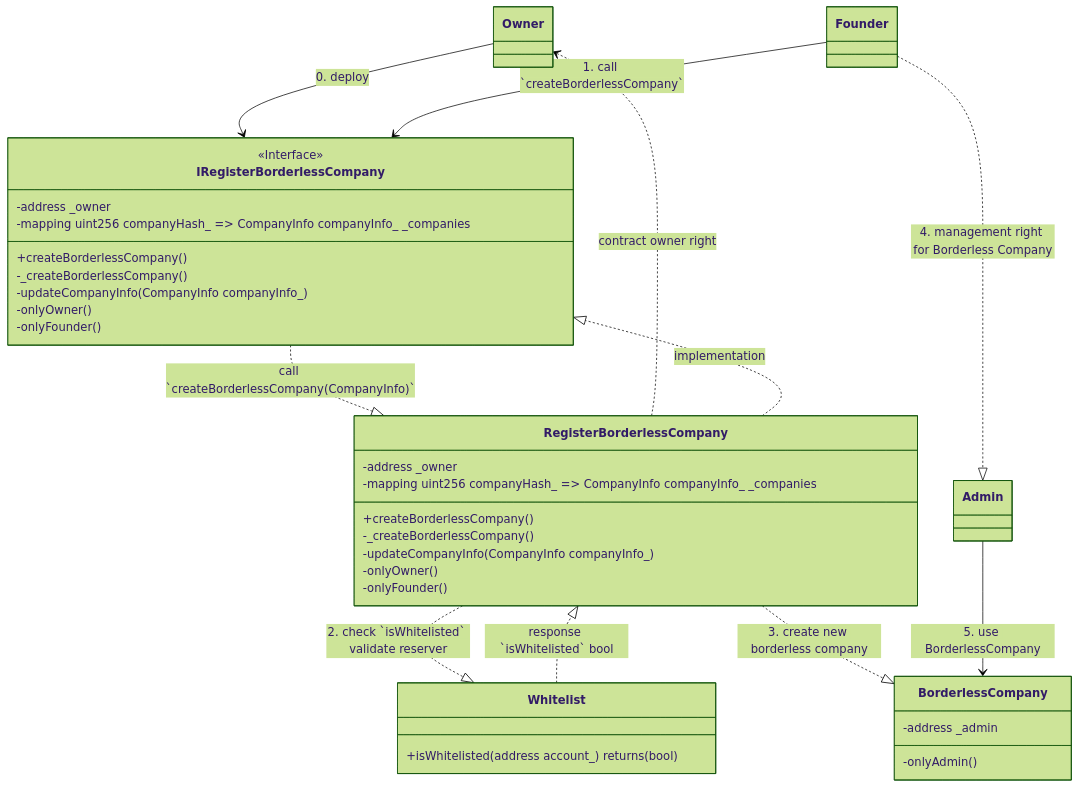
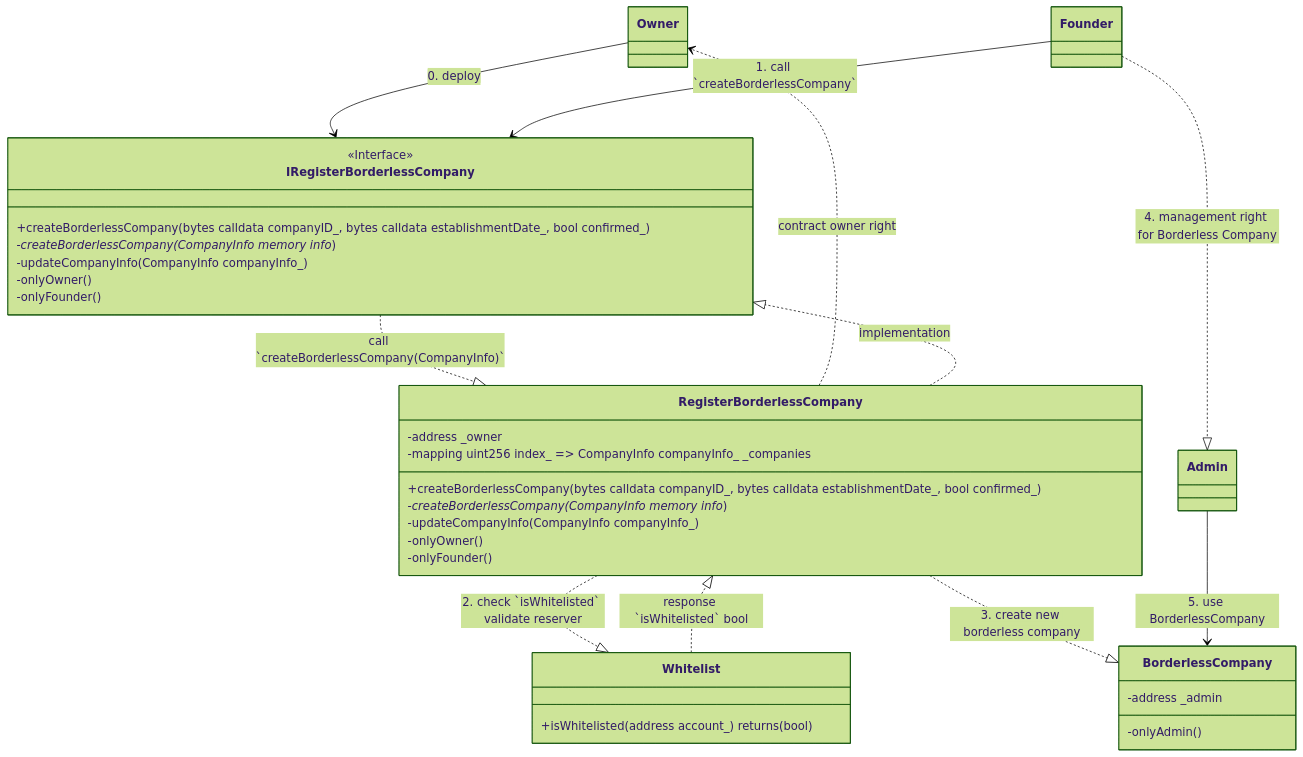
Before and after one commit to Borderless-company/Borderless-Contract: the second of 3 diagrams in docs/contracts/1.RegisterBorderlessCompany/1.RegisterBorderlessCompany.index.md, drawn with Mermaid (forest theme). The commit also changed other lines of this file and 1 other file, not shown here.

Commit message:
update RegisterBorderlessCompany.sol document

````diff
--- a/docs/contracts/1.RegisterBorderlessCompany/1.RegisterBorderlessCompany.index.md
+++ b/docs/contracts/1.RegisterBorderlessCompany/1.RegisterBorderlessCompany.index.md
@@ -90,51 +89,49 @@
 ```mermaid
 classDiagram
     class Owner
     class Founder
     class Admin
 
     Owner --> IRegisterBorderlessCompany: 0. deploy
     RegisterBorderlessCompany ..> Owner: contract owner right
 
     Founder --> IRegisterBorderlessCompany: 1. call `createBorderlessCompany`
     RegisterBorderlessCompany ..|> Whitelist: 2. check `isWhitelisted` validate reserver
     Whitelist ..|> RegisterBorderlessCompany: response `isWhitelisted` bool
 
     RegisterBorderlessCompany ..|> IRegisterBorderlessCompany: implementation
     IRegisterBorderlessCompany ..|> RegisterBorderlessCompany: call `createBorderlessCompany(CompanyInfo)`
 
     RegisterBorderlessCompany ..|> BorderlessCompany: 3. create new borderless company
 
     Founder ..|> Admin: 4. management right for Borderless Company
     Admin --> BorderlessCompany: 5. use BorderlessCompany
 
     class IRegisterBorderlessCompany{
         <<Interface>>
-        -address _owner
-        -mapping uint256 companyHash_ => CompanyInfo companyInfo_ _companies
-        +createBorderlessCompany()
-        -_createBorderlessCompany()
+        +createBorderlessCompany(bytes calldata companyID_, bytes calldata establishmentDate_, bool confirmed_)
+        -_createBorderlessCompany(CompanyInfo memory info_)
         -updateCompanyInfo(CompanyInfo companyInfo_)
         -onlyOwner()
         -onlyFounder()
     }
 
     class RegisterBorderlessCompany{
         -address _owner
-        -mapping uint256 companyHash_ => CompanyInfo companyInfo_ _companies
-        +createBorderlessCompany()
-        -_createBorderlessCompany()
+        -mapping uint256 index_ => CompanyInfo companyInfo_ _companies
+        +createBorderlessCompany(bytes calldata companyID_, bytes calldata establishmentDate_, bool confirmed_)
+        -_createBorderlessCompany(CompanyInfo memory info_)
         -updateCompanyInfo(CompanyInfo companyInfo_)
         -onlyOwner()
         -onlyFounder()
     }
 
     class BorderlessCompany{
         -address _admin
         -onlyAdmin()
     }
 
     class Whitelist {
         +isWhitelisted(address account_) returns(bool)
     }
 ```
````
